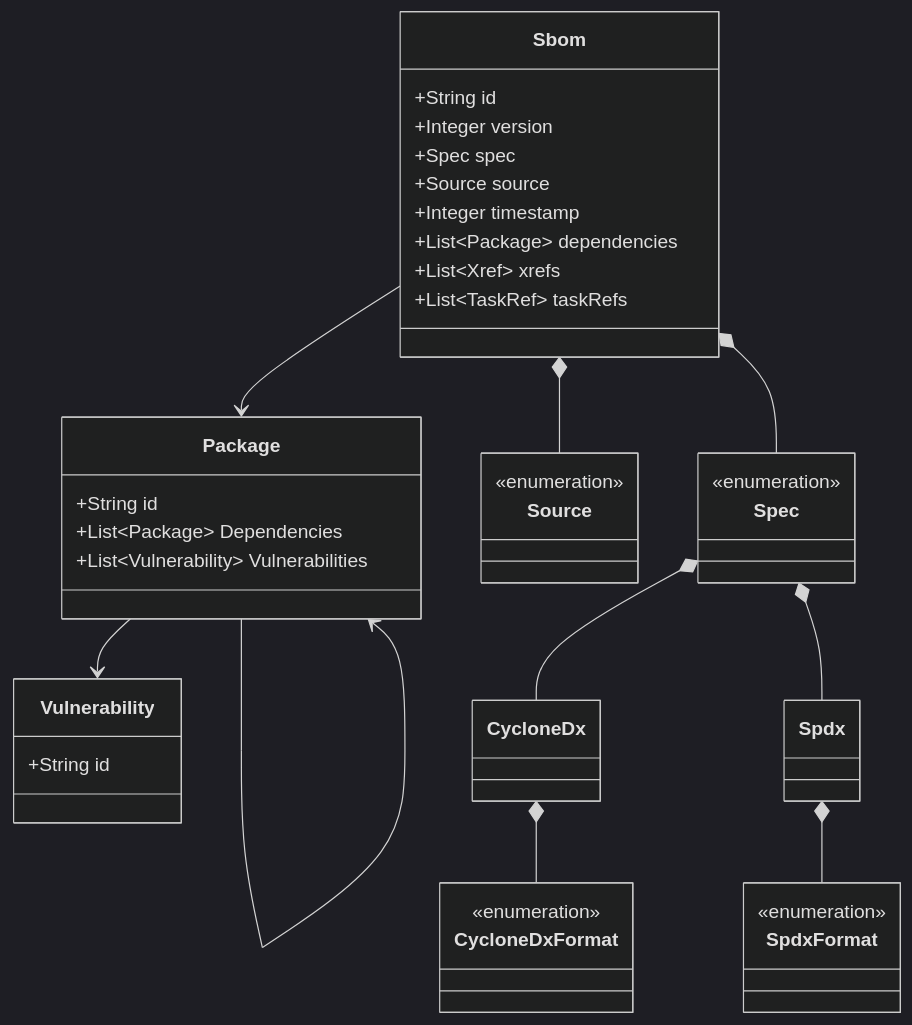
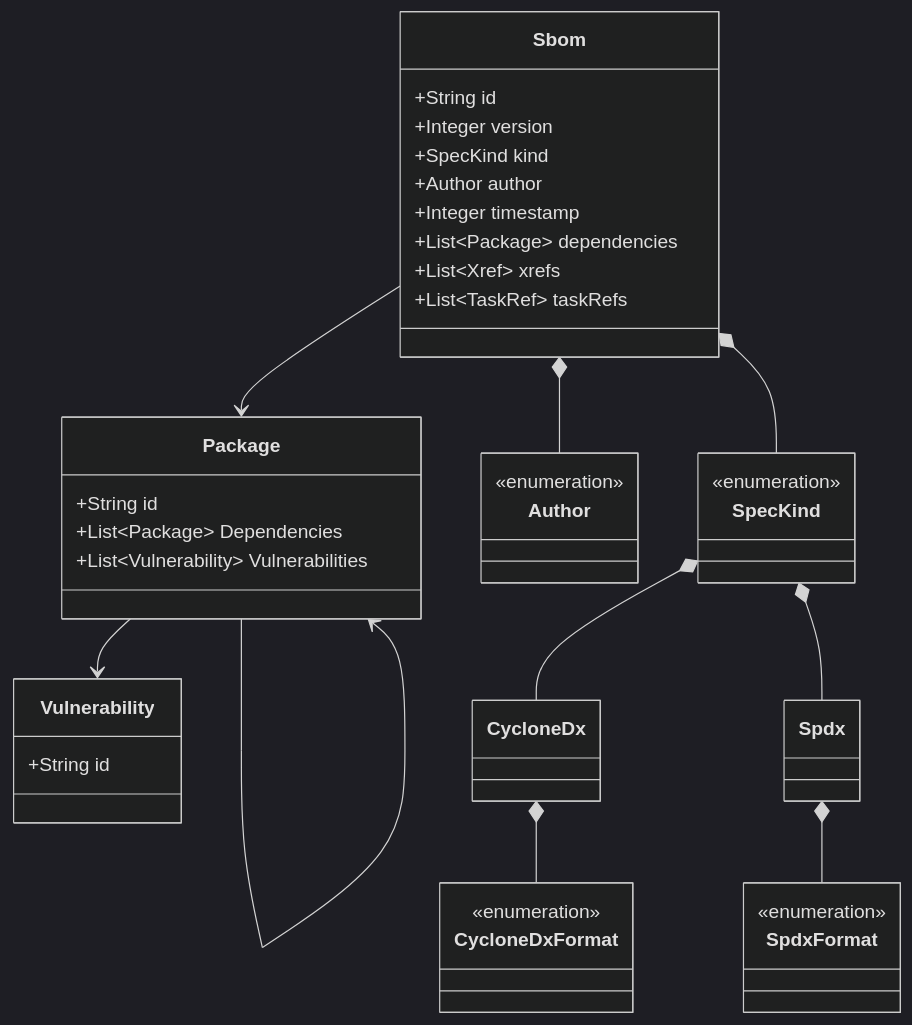
The third of 8 diagrams in book/src/diagrams.md (CMS-Enterprise/sbom-harbor), drawn with Mermaid (dark theme) before and after one commit. The commit also changed other lines of this file and 4 other files, not shown here.

````diff
--- a/book/src/diagrams.md
+++ b/book/src/diagrams.md
@@ -189,49 +193,53 @@
 ```mermaid
 classDiagram
     Sbom --> Package
-    Sbom *-- Source
-    Sbom *-- Spec
+    Sbom *-- Author
+    Sbom *-- SpecKind
     Package --> Package
     Package --> Vulnerability
-    Spec *-- CycloneDx
-    Spec *-- Spdx
+    SpecKind *-- CycloneDx
+    SpecKind *-- Spdx
     CycloneDx *-- CycloneDxFormat
     Spdx *-- SpdxFormat
 
     class Package {
         +String id
         +List~Package~ Dependencies
         +List~Vulnerability~ Vulnerabilities
     }
 
     class Sbom {
         +String id
         +Integer version
-        +Spec spec
-        +Source source
+        +SpecKind kind
+        +Author author
         +Integer timestamp
         +List~Package~ dependencies
         +List~Xref~ xrefs
         +List~TaskRef~ taskRefs
     }
 
     class Vulnerability {
         +String id
     }
 
+    class CycloneDx {
+
+    }
+
     class Spdx {
 
     }
 
-    class Source
-    <<enumeration>> Source
+    class Author
+    <<enumeration>> Author
 
-    class Spec
-    <<enumeration>> Spec
+    class SpecKind
+    <<enumeration>> SpecKind
 
     class CycloneDxFormat
     <<enumeration>> CycloneDxFormat
 
     class SpdxFormat
     <<enumeration>> SpdxFormat
 ```
````
